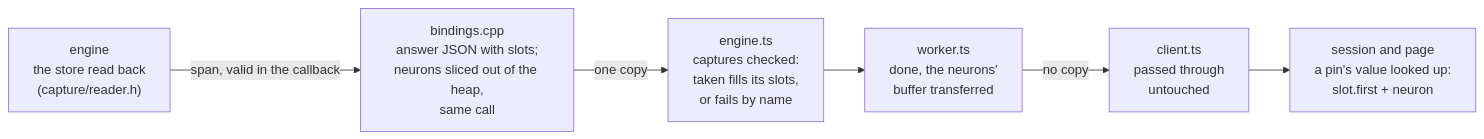
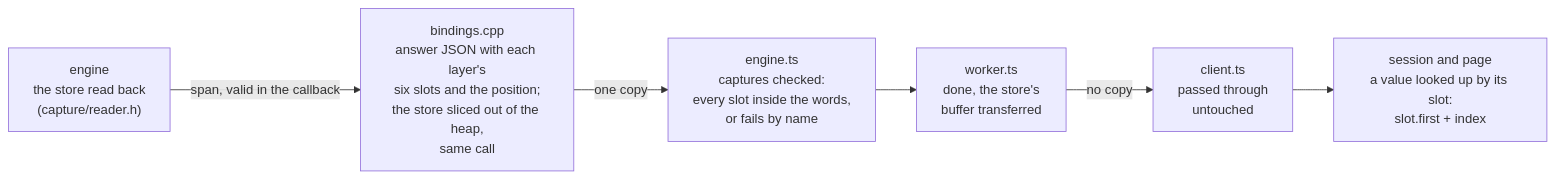
Before and after one commit to plainsight-systems/frizzle: the sixth of 7 diagrams in docs/architecture/logical-overview.md, drawn with Mermaid. The commit also changed other lines of this file and 21 other files, not shown here.

First line of the commit message:
Send the whole capture store to the page, and add the Map

````diff
--- a/docs/architecture/logical-overview.md
+++ b/docs/architecture/logical-overview.md
@@ -238,10 +238,10 @@
 ```mermaid
 flowchart LR
   S["engine<br/>the store read back<br/>(capture/reader.h)"]
-  B["bindings.cpp<br/>answer JSON with slots;<br/>neurons sliced out of the heap,<br/>same call"]
-  E["engine.ts<br/>captures checked:<br/>taken fills its slots,<br/>or fails by name"]
-  W["worker.ts<br/>done, the neurons'<br/>buffer transferred"]
+  B["bindings.cpp<br/>answer JSON with each layer's<br/>six slots and the position;<br/>the store sliced out of the heap,<br/>same call"]
+  E["engine.ts<br/>captures checked:<br/>every slot inside the words,<br/>or fails by name"]
+  W["worker.ts<br/>done, the store's<br/>buffer transferred"]
   C["client.ts<br/>passed through<br/>untouched"]
-  P["session and page<br/>a pin's value looked up:<br/>slot.first + neuron"]
+  P["session and page<br/>a value looked up by its slot:<br/>slot.first + index"]
   S -->|"span, valid in the callback"| B -->|"one copy"| E --> W -->|"no copy"| C --> P
 ```
````
